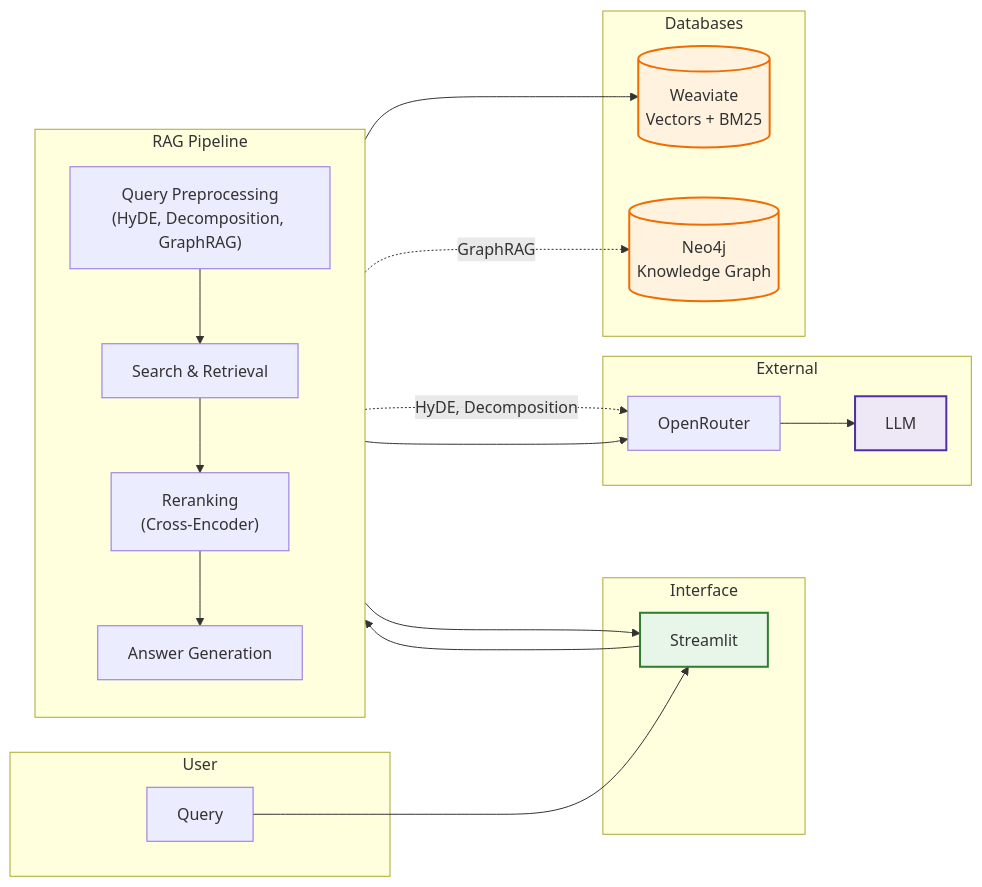
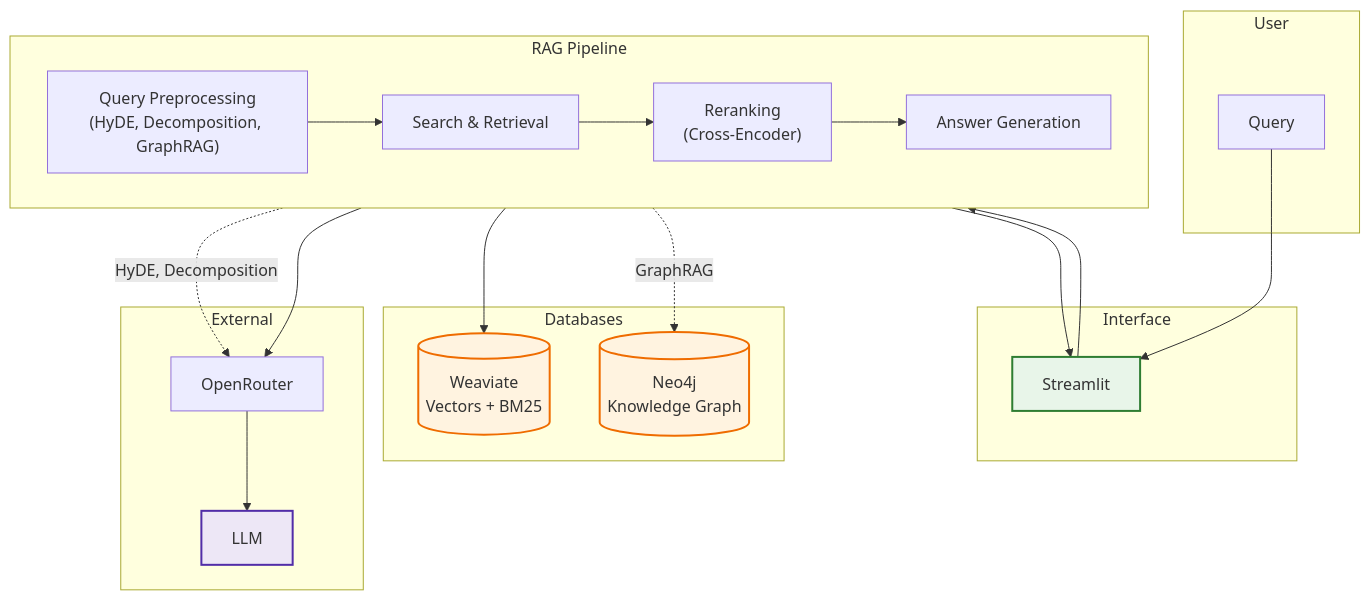
One commit to crlsrmrlsz/rag1-mini changed the first of 6 diagrams in README.md. Above: the diagram before and after it, drawn with Mermaid.

Commit message:
docs(readme): reorient architecture diagram vertically (user top, databases bottom)

````diff
--- a/README.md
+++ b/README.md
@@ -15,50 +15,50 @@
 ```mermaid
-flowchart LR
+flowchart TB
     subgraph USER["User"]
         U["Query"]
     end
 
     subgraph UI["Interface"]
         ST["Streamlit"]
     end
 
     subgraph CORE["RAG Pipeline"]
-        direction TB
+        direction LR
         PRE["Query Preprocessing<br/>(HyDE, Decomposition, GraphRAG)"]
         SEARCH["Search & Retrieval"]
         RERANK["Reranking<br/>(Cross-Encoder)"]
         GEN["Answer Generation"]
         PRE --> SEARCH --> RERANK --> GEN
-    end
-
-    subgraph DBS["Databases"]
-        WV[("Weaviate<br/>Vectors + BM25")]
-        N4J[("Neo4j<br/>Knowledge Graph")]
     end
 
     subgraph EXT["External"]
         OR["OpenRouter"]
         LLM["LLM"]
         OR --> LLM
     end
 
+    subgraph DBS["Databases"]
+        WV[("Weaviate<br/>Vectors + BM25")]
+        N4J[("Neo4j<br/>Knowledge Graph")]
+    end
+
     %% User flow
     U --> ST --> PRE
+
+    %% Core to LLM
+    PRE -.->|HyDE, Decomposition| OR
+    GEN --> OR
 
     %% Core to databases
     SEARCH --> WV
     SEARCH -.->|GraphRAG| N4J
-
-    %% Core to LLM
-    PRE -.->|HyDE, Decomposition| OR
-    GEN --> OR
 
     %% Output
     GEN --> ST
 
     %% Styling
     style ST fill:#e8f5e9,stroke:#2e7d32,stroke-width:2px
     style WV fill:#fff3e0,stroke:#ef6c00,stroke-width:2px
     style N4J fill:#fff3e0,stroke:#ef6c00,stroke-width:2px
     style LLM fill:#ede7f6,stroke:#512da8,stroke-width:2px
 ```
````
